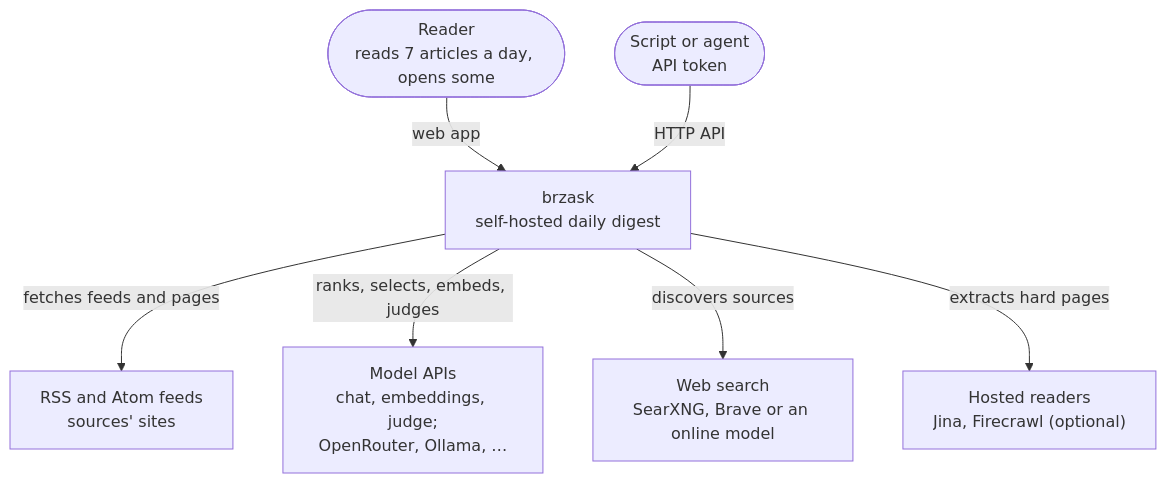
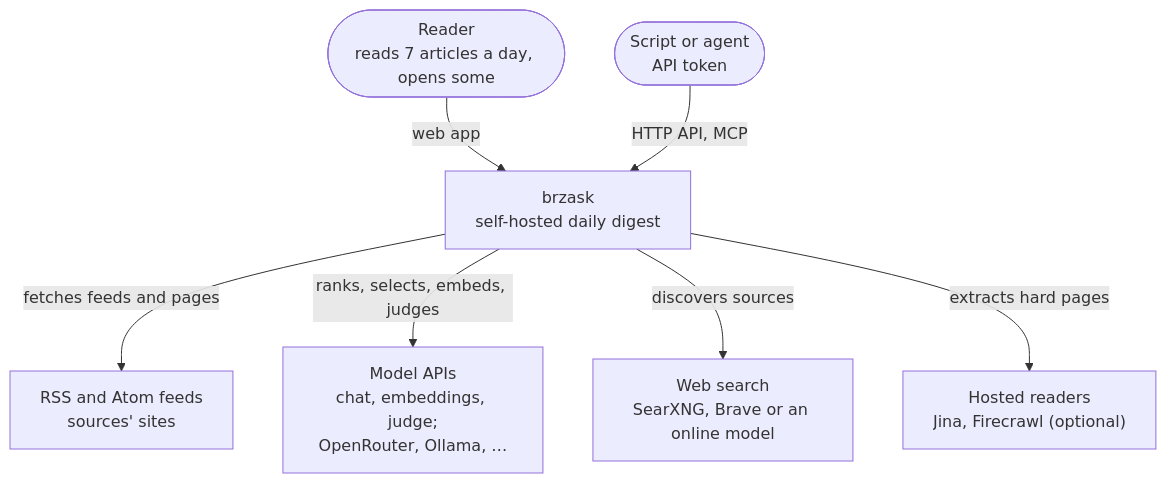
One commit to tkabala/brzask changed the first of 4 diagrams in docs/architecture.md. Above: the diagram before and after it, drawn with Mermaid. The commit also changed 6 other files, not shown here.

Commit message:
docs: connect an agent over MCP

````diff
--- a/docs/architecture.md
+++ b/docs/architecture.md
@@ -8,17 +8,17 @@
 ```mermaid
 flowchart TB
     reader(["Reader<br/>reads 7 articles a day, opens some"])
     agent(["Script or agent<br/>API token"])
     brzask["brzask<br/>self-hosted daily digest"]
     feeds["RSS and Atom feeds<br/>sources' sites"]
     models["Model APIs<br/>chat, embeddings, judge;<br/>OpenRouter, Ollama, …"]
     search["Web search<br/>SearXNG, Brave or an online model"]
     readers["Hosted readers<br/>Jina, Firecrawl (optional)"]
 
     reader -- "web app" --> brzask
-    agent -- "HTTP API" --> brzask
+    agent -- "HTTP API, MCP" --> brzask
     brzask -- "fetches feeds and pages" --> feeds
     brzask -- "ranks, selects, embeds, judges" --> models
     brzask -- "discovers sources" --> search
     brzask -- "extracts hard pages" --> readers
 ```
````
